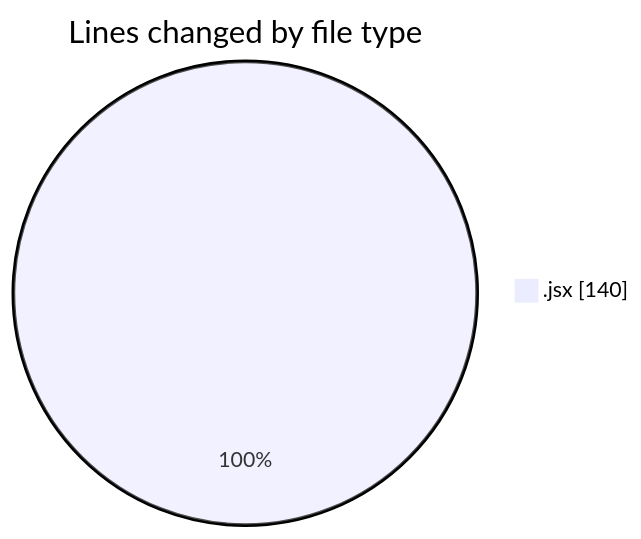
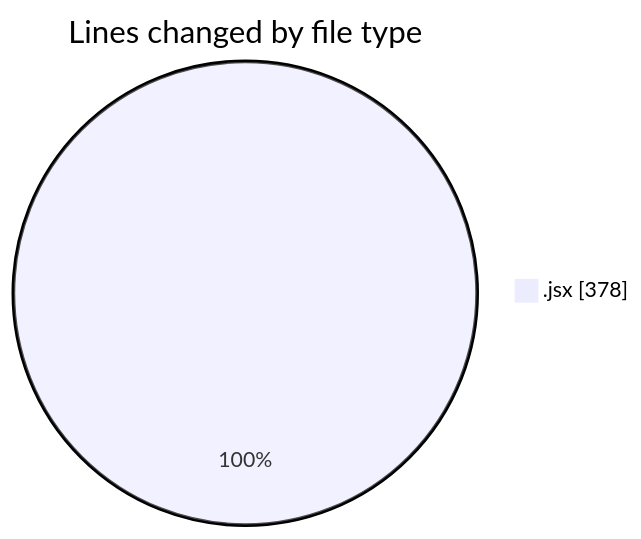
Before and after one commit to nxtqubesakshisongat/code-tracking: the first of 2 diagrams in 2026-01-12/nxtqube_webapp/README.md, drawn with Mermaid. The commit also changed other lines of this file and 1 other file, not shown here.

````diff
--- a/2026-01-12/nxtqube_webapp/README.md
+++ b/2026-01-12/nxtqube_webapp/README.md
@@ -20,5 +21,5 @@
 ```mermaid
 pie showData
 title Lines changed by file type
-".jsx" : 140
+".jsx" : 378
 ```
````
